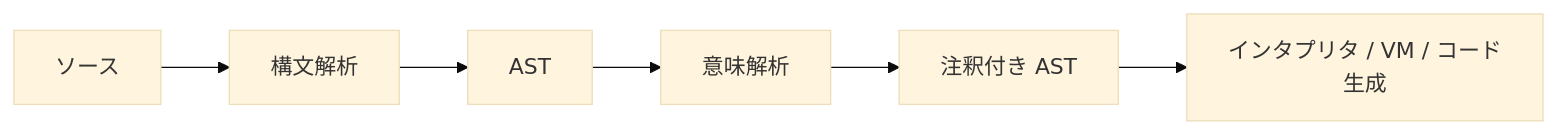
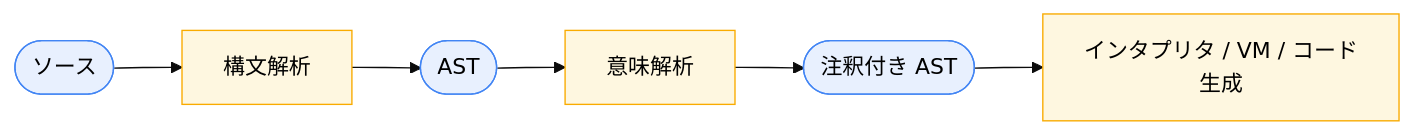
One commit to kolanglab/book_langimpl_intro changed the diagram in semantic-analysis.md. Above: the diagram before and after it, drawn with Mermaid (base theme).

Commit message:
[ligarb] Review: semantic-analysis.md
User: これも、生成物とプロセスが同じ形・色になってるけど、分けられますか？
Claude: なるほど。図の中で「生成物（ソース・AST・注釈付き AST）」と「処理（構文解析・意味解析・…）」が同じ四角・同じ色で並んでいて、どれがデータでどれが工程か一目で分かりませんね。mermaid の**ノード形状**と**色分け（classDef）**で、生成物（角丸・青）と処理（四角・黄）を分けます。

<patch file="semantic-analysis.md">

Files: semantic-analysis.md

````diff
--- a/semantic-analysis.md
+++ b/semantic-analysis.md
@@ -11,8 +11,13 @@
 ```mermaid
 graph LR
-    A["ソース"] --> B[構文解析]
-    B --> C["AST"]
+    A(["ソース"]) --> B[構文解析]
+    B --> C(["AST"])
     C --> D[意味解析]
-    D --> E["注釈付き AST"]
-    E --> F["インタプリタ / VM / コード生成"]
+    D --> E(["注釈付き AST"])
+    E --> F[インタプリタ / VM / コード生成]
+
+    classDef artifact fill:#e8f0fe,stroke:#4285f4,color:#000
+    classDef process fill:#fef7e0,stroke:#f9ab00,color:#000
+    class A,C,E artifact
+    class B,D,F process
 ```
````
